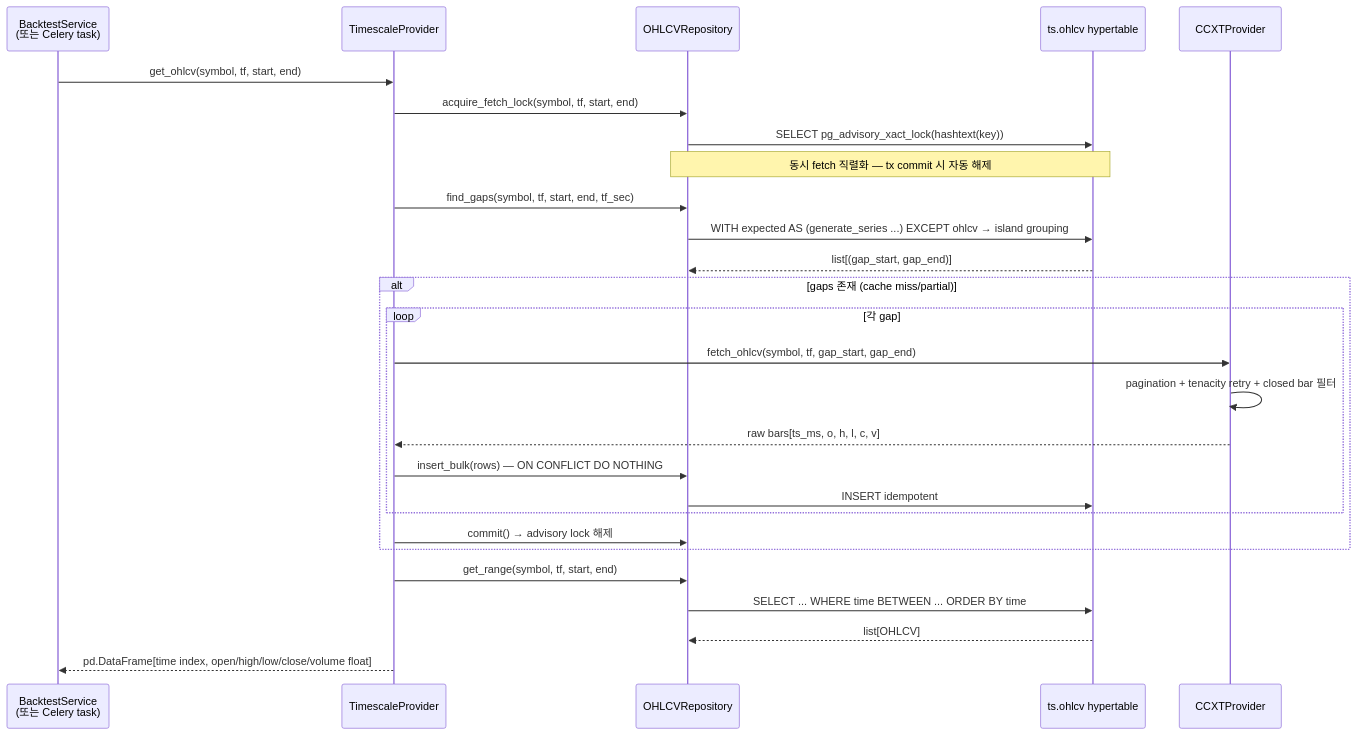
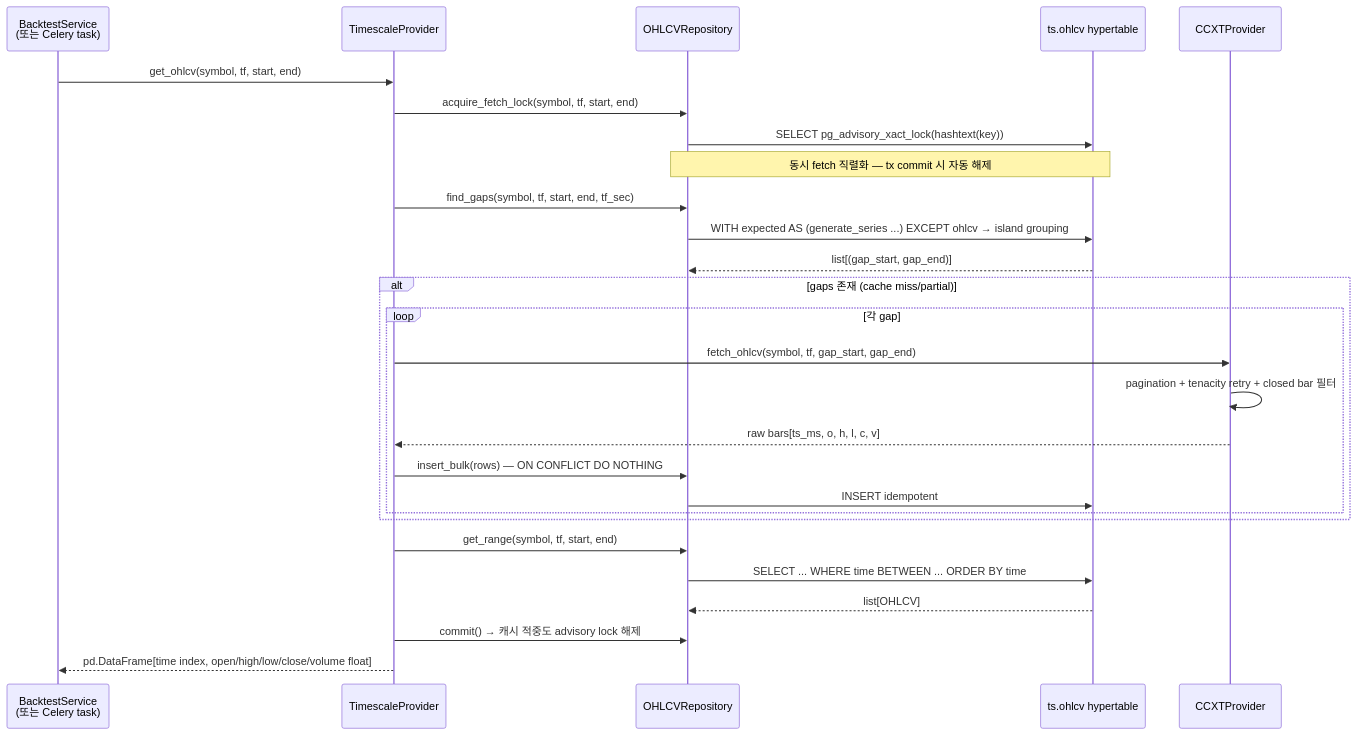
One commit to woosung-dev/quantbridge changed the sixth of 8 diagrams in docs/architecture/data-flow.md. Above: the diagram before and after it, drawn with Mermaid. The commit also changed other lines of this file and 31 other files, not shown here.

````diff
--- a/docs/architecture/data-flow.md
+++ b/docs/architecture/data-flow.md
@@ -226,33 +226,33 @@
 ```mermaid
 sequenceDiagram
     participant Backtest as BacktestService<br/>(또는 Celery task)
     participant TP as TimescaleProvider
     participant Repo as OHLCVRepository
     participant TS as ts.ohlcv hypertable
     participant CCXT as CCXTProvider
 
     Backtest->>TP: get_ohlcv(symbol, tf, start, end)
     TP->>Repo: acquire_fetch_lock(symbol, tf, start, end)
     Repo->>TS: SELECT pg_advisory_xact_lock(hashtext(key))
     Note over Repo,TS: 동시 fetch 직렬화 — tx commit 시 자동 해제
 
     TP->>Repo: find_gaps(symbol, tf, start, end, tf_sec)
     Repo->>TS: WITH expected AS (generate_series ...) EXCEPT ohlcv → island grouping
     TS-->>Repo: list[(gap_start, gap_end)]
 
     alt gaps 존재 (cache miss/partial)
         loop 각 gap
             TP->>CCXT: fetch_ohlcv(symbol, tf, gap_start, gap_end)
             CCXT->>CCXT: pagination + tenacity retry + closed bar 필터
             CCXT-->>TP: raw bars[ts_ms, o, h, l, c, v]
             TP->>Repo: insert_bulk(rows) — ON CONFLICT DO NOTHING
             Repo->>TS: INSERT idempotent
         end
-        TP->>Repo: commit() → advisory lock 해제
     end
 
     TP->>Repo: get_range(symbol, tf, start, end)
     Repo->>TS: SELECT ... WHERE time BETWEEN ... ORDER BY time
     TS-->>Repo: list[OHLCV]
+    TP->>Repo: commit() → 캐시 적중도 advisory lock 해제
     TP-->>Backtest: pd.DataFrame[time index, open/high/low/close/volume float]
 ```
````
